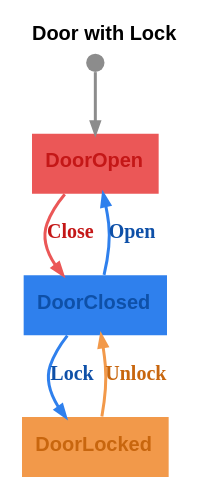
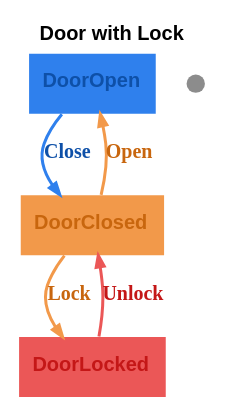
The diagram in graphs/door-with-lock.dot (m-bock/purescript-transit), drawn with Graphviz before and after one commit. The commit also changed 19 other files, not shown here.

```diff
--- a/graphs/door-with-lock.dot
+++ b/graphs/door-with-lock.dot
@@ -1,13 +1,12 @@
 digraph 
 {
 rankdir = "TD";fontname = "Arial";label = <<b>Door with Lock</b>>;labelloc = "t";fontsize = 12
-DoorOpen [shape = "box", label = <<b>DoorOpen</b>>, fontsize = 12, style = "filled", fillcolor = "#eb5757", fontcolor = "#c41717", fontname = "Arial", labelloc = "c", penwidth = 0.0]
+DoorOpen [shape = "box", label = <<b>DoorOpen</b>>, fontsize = 12, style = "filled", fillcolor = "#2f80ed", fontcolor = "#0e50a8", fontname = "Arial", labelloc = "c", penwidth = 0.0]
 __Start__ [shape = "circle", label = "", width = 0.15, height = 0.15, fixedsize = true, style = "filled", fillcolor = "#8c8c8c", penwidth = 0.0]
-__Start__ -> DoorOpen [color = "#8c8c8c", fontsize = 12, arrowsize = "0.7", penwidth = 1.8]
-DoorOpen -> DoorClosed [color = "#eb5757", fontcolor = "#c41717", fontsize = 12, arrowsize = "0.7", label = <<b>Close</b>>, penwidth = 1.8]
-DoorClosed [shape = "box", label = <<b>DoorClosed</b>>, fontsize = 12, style = "filled", fillcolor = "#2f80ed", fontcolor = "#0e50a8", fontname = "Arial", labelloc = "c", penwidth = 0.0]
-DoorClosed -> DoorLocked [color = "#2f80ed", fontcolor = "#0e50a8", fontsize = 12, arrowsize = "0.7", label = <<b>Lock</b>>, penwidth = 1.8]
-DoorClosed -> DoorOpen [color = "#2f80ed", fontcolor = "#0e50a8", fontsize = 12, arrowsize = "0.7", label = <<b>Open</b>>, penwidth = 1.8]
-DoorLocked [shape = "box", label = <<b>DoorLocked</b>>, fontsize = 12, style = "filled", fillcolor = "#f2994a", fontcolor = "#c8660e", fontname = "Arial", labelloc = "c", penwidth = 0.0]
-DoorLocked -> DoorClosed [color = "#f2994a", fontcolor = "#c8660e", fontsize = 12, arrowsize = "0.7", label = <<b>Unlock</b>>, penwidth = 1.8]
+DoorOpen -> DoorClosed [color = "#2f80ed", fontcolor = "#0e50a8", fontsize = 12, arrowsize = "0.7", label = <<b>Close</b>>, penwidth = 1.8]
+DoorClosed [shape = "box", label = <<b>DoorClosed</b>>, fontsize = 12, style = "filled", fillcolor = "#f2994a", fontcolor = "#c8660e", fontname = "Arial", labelloc = "c", penwidth = 0.0]
+DoorClosed -> DoorOpen [color = "#f2994a", fontcolor = "#c8660e", fontsize = 12, arrowsize = "0.7", label = <<b>Open</b>>, penwidth = 1.8]
+DoorClosed -> DoorLocked [color = "#f2994a", fontcolor = "#c8660e", fontsize = 12, arrowsize = "0.7", label = <<b>Lock</b>>, penwidth = 1.8]
+DoorLocked [shape = "box", label = <<b>DoorLocked</b>>, fontsize = 12, style = "filled", fillcolor = "#eb5757", fontcolor = "#c41717", fontname = "Arial", labelloc = "c", penwidth = 0.0]
+DoorLocked -> DoorClosed [color = "#eb5757", fontcolor = "#c41717", fontsize = 12, arrowsize = "0.7", label = <<b>Unlock</b>>, penwidth = 1.8]
 }
```
